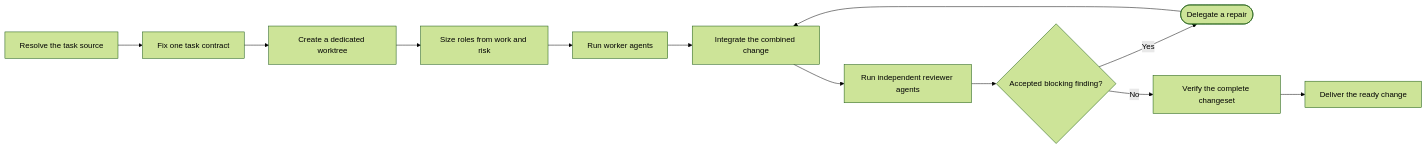
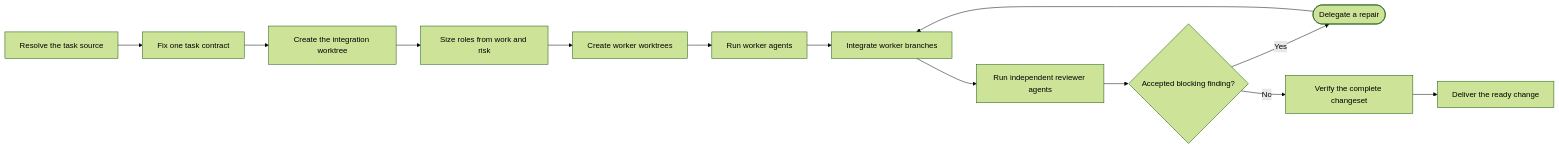
The diagram in plugin/skills/ptlam-implementing/SKILL.md (fam-tung-lam/ptlam-agent-plugin), drawn with Mermaid (forest theme) before and after one commit. The commit also changed other lines of this file and 4 other files, not shown here.

Commit message:
fix(ptlam-implementing): isolate worker worktrees

````diff
--- a/plugin/skills/ptlam-implementing/SKILL.md
+++ b/plugin/skills/ptlam-implementing/SKILL.md
@@ -15,14 +15,15 @@
 ```mermaid
 flowchart LR
     ResolveTask["Resolve the task source"] --> FixContract["Fix one task contract"]
-    FixContract --> IsolateWorktree["Create a dedicated worktree"]
-    IsolateWorktree --> SizeTeam["Size roles from work and risk"]
-    SizeTeam --> RunWorkers["Run worker agents"]
-    RunWorkers --> IntegrateChange["Integrate the combined change"]
+    FixContract --> CreateIntegrationWorktree["Create the integration worktree"]
+    CreateIntegrationWorktree --> SizeTeam["Size roles from work and risk"]
+    SizeTeam --> CreateWorkerWorktrees["Create worker worktrees"]
+    CreateWorkerWorktrees --> RunWorkers["Run worker agents"]
+    RunWorkers --> IntegrateChange["Integrate worker branches"]
     IntegrateChange --> RunReviewers["Run independent reviewer agents"]
     RunReviewers --> BlockingFinding{"Accepted blocking finding?"}
     BlockingFinding -->|"Yes"| DelegateRepair(["Delegate a repair"])
     DelegateRepair --> IntegrateChange
     BlockingFinding -->|"No"| VerifyChange["Verify the complete changeset"]
     VerifyChange --> DeliverChange["Deliver the ready change"]
 ```
````
